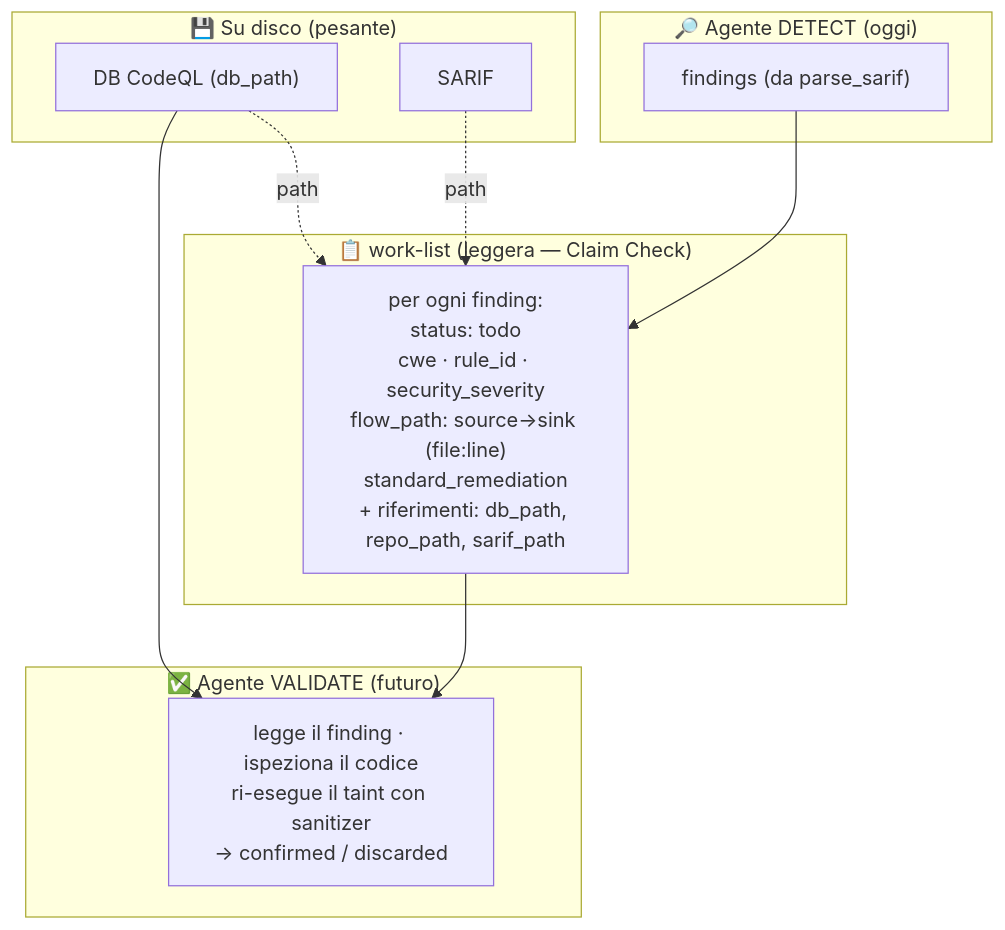
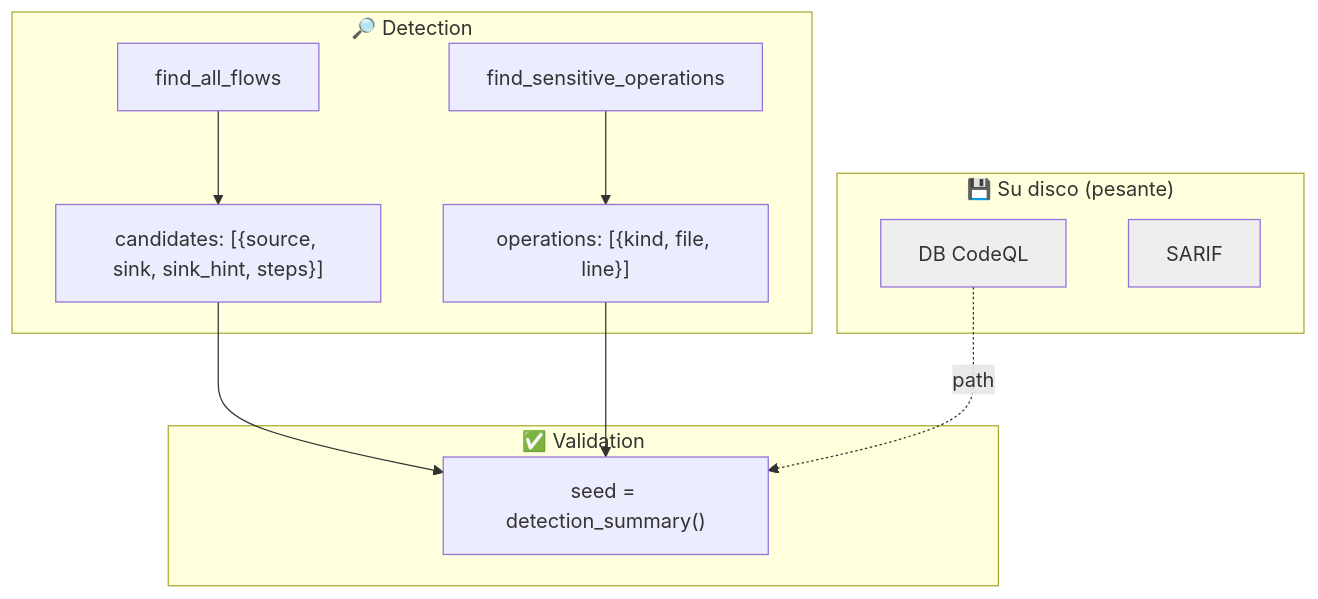
The ninth of 11 diagrams in documentazione/agent.md (iris-cmd22/Sibyl), drawn with Mermaid before and after one commit. The commit also changed other lines of this file and 35 other files, not shown here.

Commit message:
Sistemata view grafica, aggiunto query di detection anche se probabilmente devono essere sistemate con i concept (già fatto però devo testare)

````diff
--- a/documentazione/agent.md
+++ b/documentazione/agent.md
@@ -583,21 +575,18 @@
 ```mermaid
 flowchart TB
-    subgraph DET["🔎 Agente DETECT (oggi)"]
-        F["findings (da parse_sarif)"]
+    subgraph DET["🔎 Detection"]
+        F["find_all_flows"] --> C["candidates: [{source, sink, sink_hint, steps}]"]
+        O["find_sensitive_operations"] --> OP["operations: [{kind, file, line}]"]
     end
     subgraph DISK["💾 Su disco (pesante)"]
-        DBP["DB CodeQL (db_path)"]
-        SAR["SARIF"]
+        DB["DB CodeQL"]:::d
+        SAR["SARIF"]:::d
     end
-    subgraph WL["📋 work-list (leggera — Claim Check)"]
-        ITEM["per ogni finding:<br/>status: todo<br/>cwe · rule_id · security_severity<br/>flow_path: source→sink (file:line)<br/>standard_remediation<br/>+ riferimenti: db_path, repo_path, sarif_path"]
+    subgraph VAL["✅ Validation"]
+        SUM["seed = detection_summary()"]
     end
-    subgraph VAL["✅ Agente VALIDATE (futuro)"]
-        DEC["legge il finding · ispeziona il codice<br/>ri-esegue il taint con sanitizer<br/>→ confirmed / discarded"]
-    end
-    F --> ITEM
-    DBP -. path .-> ITEM
-    SAR -. path .-> ITEM
-    ITEM --> DEC
-    DBP --> DEC
+    C --> SUM
+    OP --> SUM
+    DB -. path .-> SUM
+    classDef d fill:#eee,color:#333;
 ```
````
